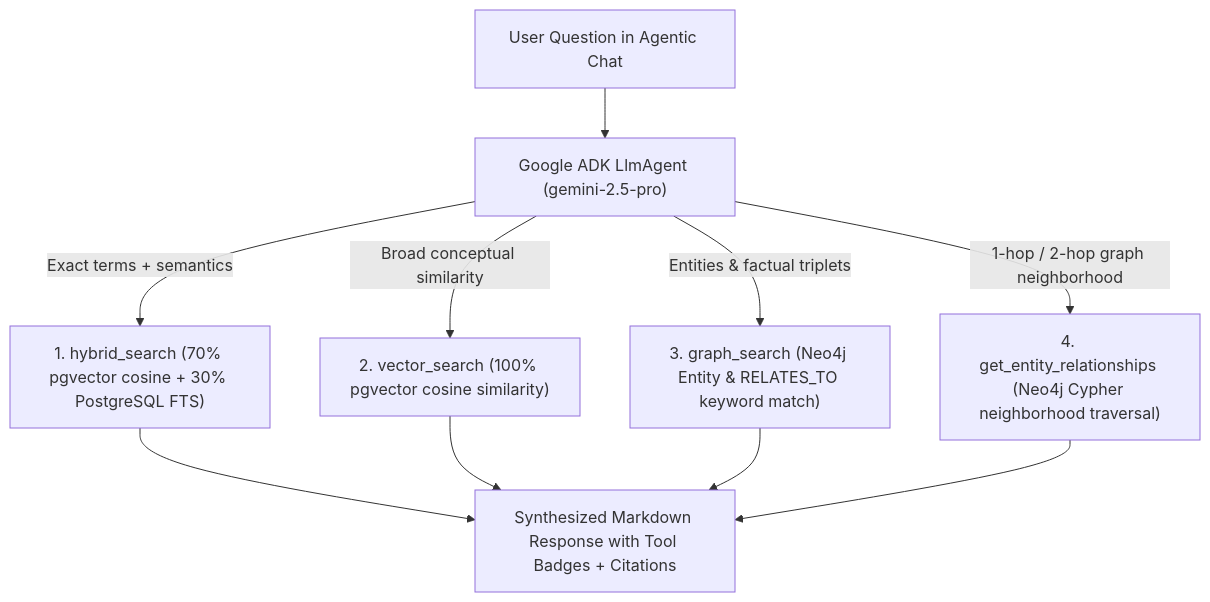
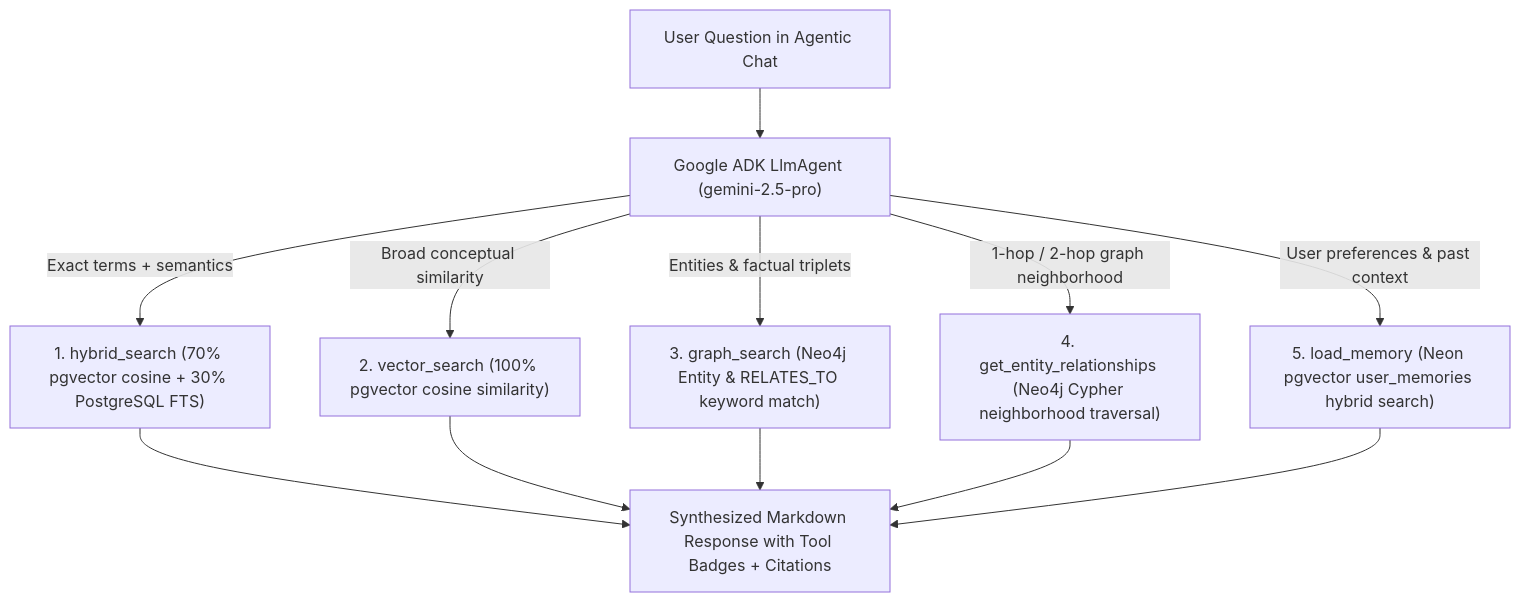
One commit to Dronanaik/adk_rag changed the diagram in docs/CHAT.md. Above: the diagram before and after it, drawn with Mermaid. The commit also changed other lines of this file and 18 other files, not shown here.

Commit message:
release: v2.5.0 — add persistent Neon sessions, long-term semantic memory & Office raw preview

````diff
--- a/docs/CHAT.md
+++ b/docs/CHAT.md
@@ -11,12 +11,14 @@
 ```mermaid
 flowchart TD
     Question["User Question in Agentic Chat"] --> Agent["Google ADK LlmAgent (gemini-2.5-pro)"]
     Agent -->|Exact terms + semantics| T1["1. hybrid_search (70% pgvector cosine + 30% PostgreSQL FTS)"]
     Agent -->|Broad conceptual similarity| T2["2. vector_search (100% pgvector cosine similarity)"]
     Agent -->|Entities & factual triplets| T3["3. graph_search (Neo4j Entity & RELATES_TO keyword match)"]
     Agent -->|1-hop / 2-hop graph neighborhood| T4["4. get_entity_relationships (Neo4j Cypher neighborhood traversal)"]
+    Agent -->|User preferences & past context| T5["5. load_memory (Neon pgvector user_memories hybrid search)"]
     T1 --> Synthesis["Synthesized Markdown Response with Tool Badges + Citations"]
     T2 --> Synthesis
     T3 --> Synthesis
     T4 --> Synthesis
+    T5 --> Synthesis
 ```
````
